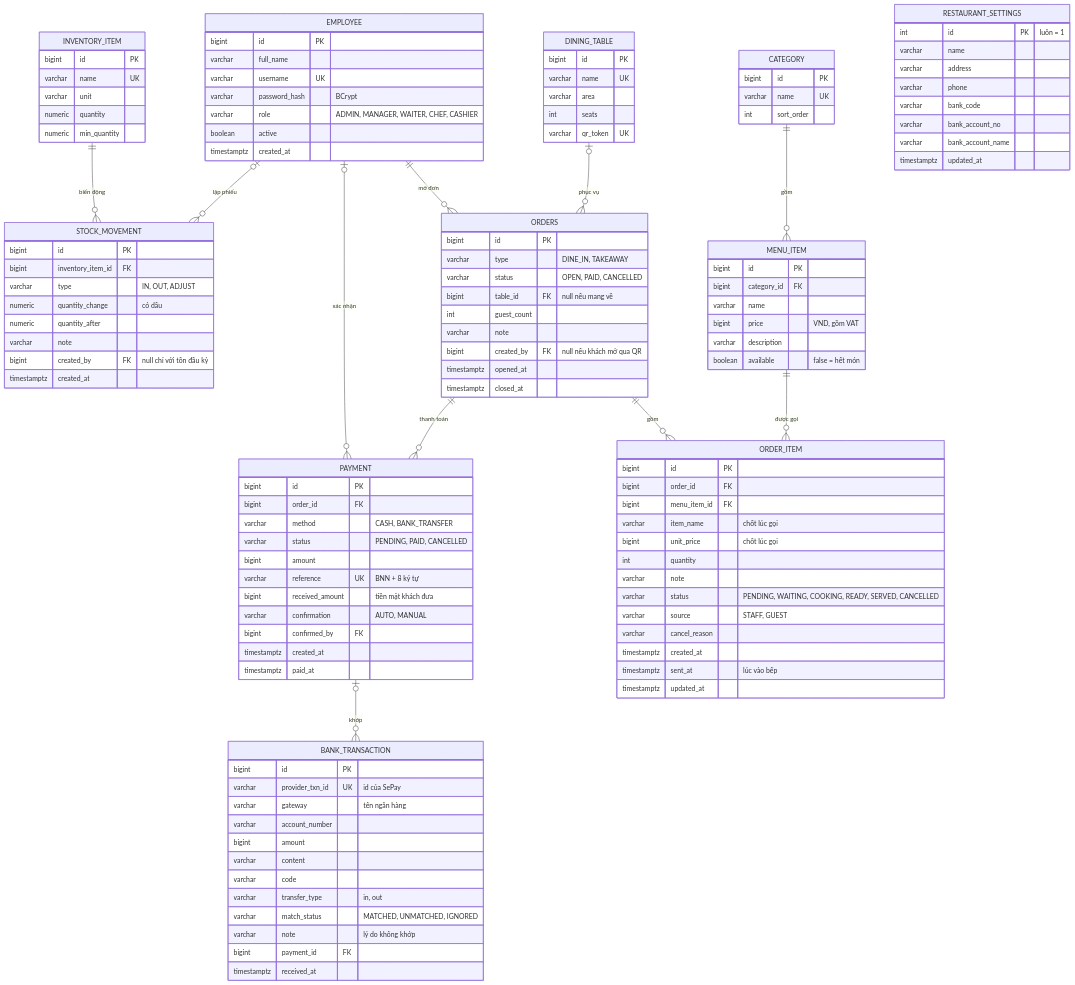
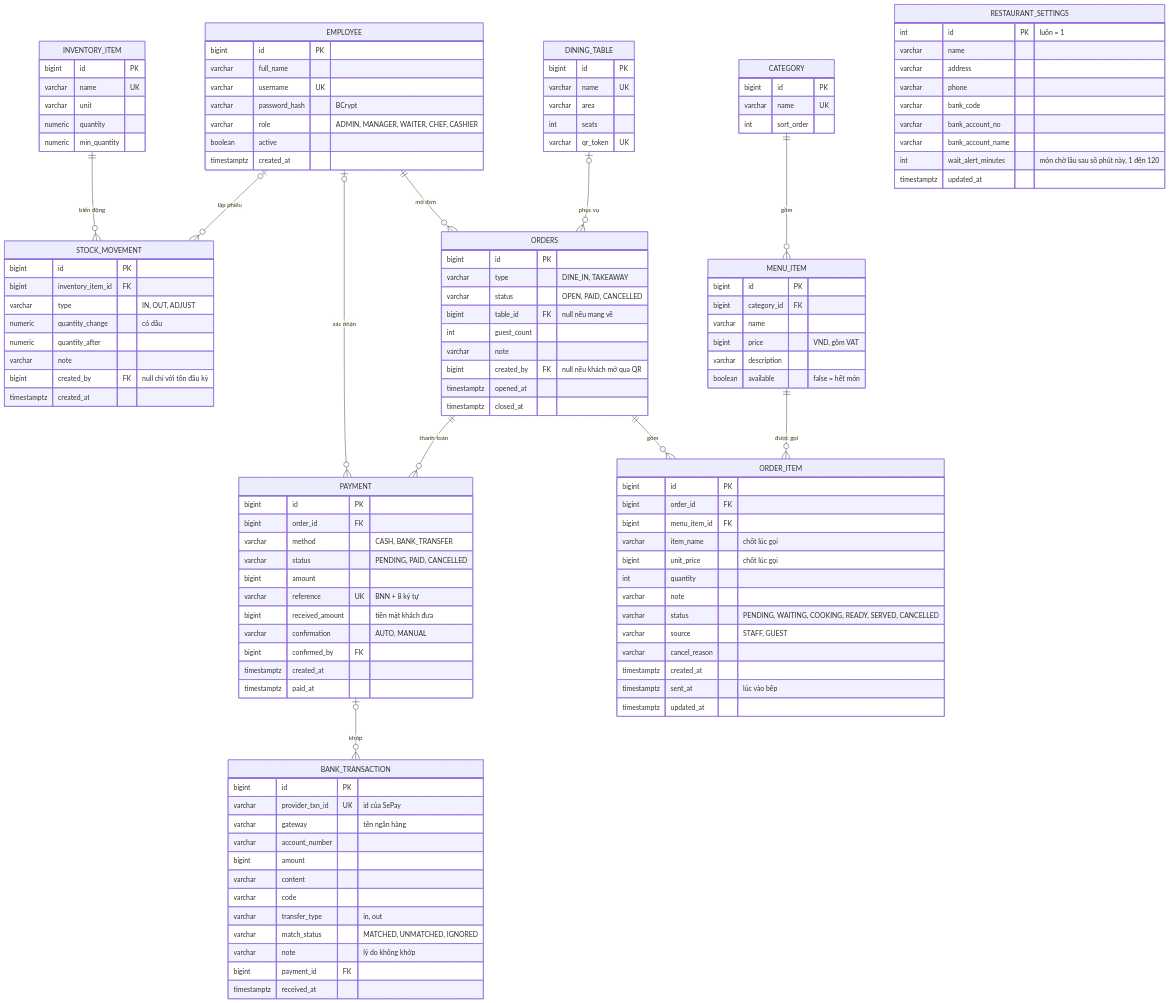
Before and after one commit to Anpham120/restaurant-management-system: the first of 2 diagrams in docs-core/07-erd.md, drawn with Mermaid. The commit also changed other lines of this file and 5 other files, not shown here.

````diff
--- a/docs-core/07-erd.md
+++ b/docs-core/07-erd.md
@@ -133,6 +133,7 @@
         varchar bank_code
         varchar bank_account_no
         varchar bank_account_name
+        int wait_alert_minutes "món chờ lâu sau số phút này, 1 đến 120"
         timestamptz updated_at
     }
 ```
````
